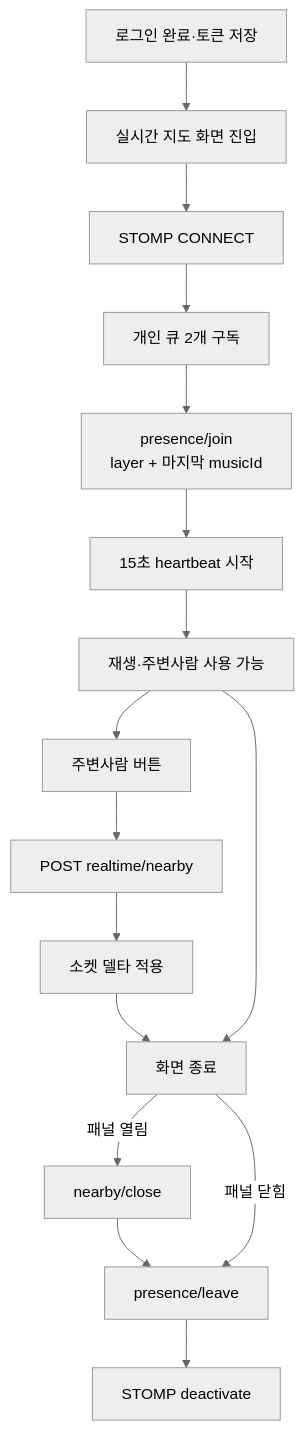
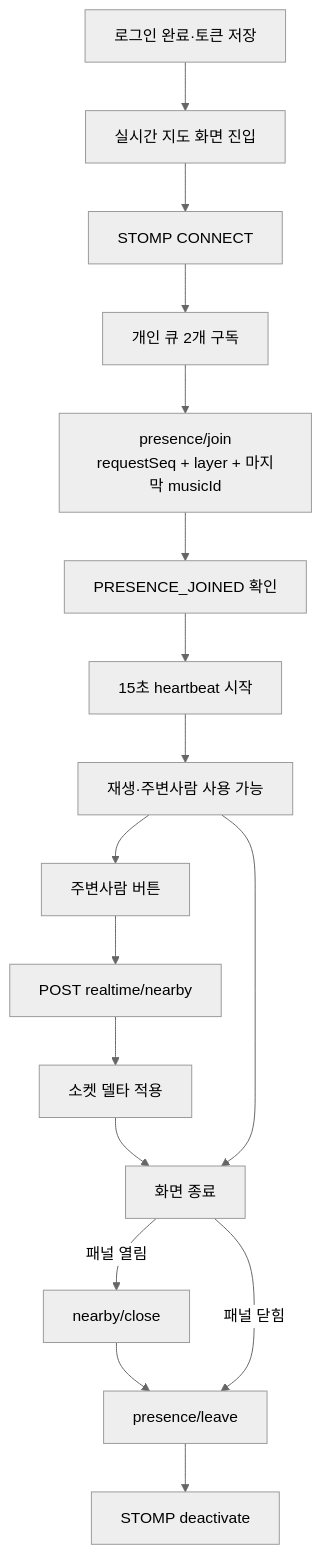
Before and after one commit to jeayoung98/ody: the second of 2 diagrams in specs/jiwon-001-realtime-presence-nearby/frontend-integration-guide.md, drawn with Mermaid (neutral theme). The commit also changed other lines of this file and 28 other files, not shown here.

````diff
--- a/specs/jiwon-001-realtime-presence-nearby/frontend-integration-guide.md
+++ b/specs/jiwon-001-realtime-presence-nearby/frontend-integration-guide.md
@@ -749,23 +767,24 @@
 ```mermaid
 flowchart TD
     LOGIN[로그인 완료·토큰 저장]
     PAGE[실시간 지도 화면 진입]
     CONNECT[STOMP CONNECT]
     SUB[개인 큐 2개 구독]
-    JOIN[presence/join<br/>layer + 마지막 musicId]
+    JOIN[presence/join<br/>requestSeq + layer + 마지막 musicId]
+    JOINED[PRESENCE_JOINED 확인]
     HEART[15초 heartbeat 시작]
     READY[재생·주변사람 사용 가능]
     OPEN[주변사람 버튼]
     SNAP[POST realtime/nearby]
     DELTA[소켓 델타 적용]
     EXIT[화면 종료]
 
-    LOGIN --> PAGE --> CONNECT --> SUB --> JOIN --> HEART --> READY
+    LOGIN --> PAGE --> CONNECT --> SUB --> JOIN --> JOINED --> HEART --> READY
     READY --> OPEN --> SNAP --> DELTA
     DELTA --> EXIT
     READY --> EXIT
     EXIT -->|패널 열림| CLOSE[nearby/close]
     CLOSE --> LEAVE[presence/leave]
     EXIT -->|패널 닫힘| LEAVE
     LEAVE --> DISCONNECT[STOMP deactivate]
 ```
````
